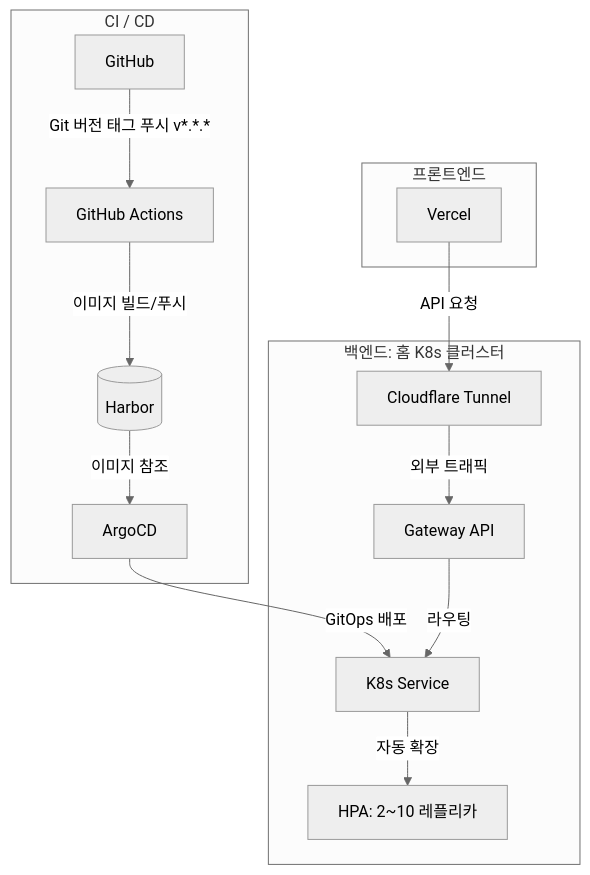
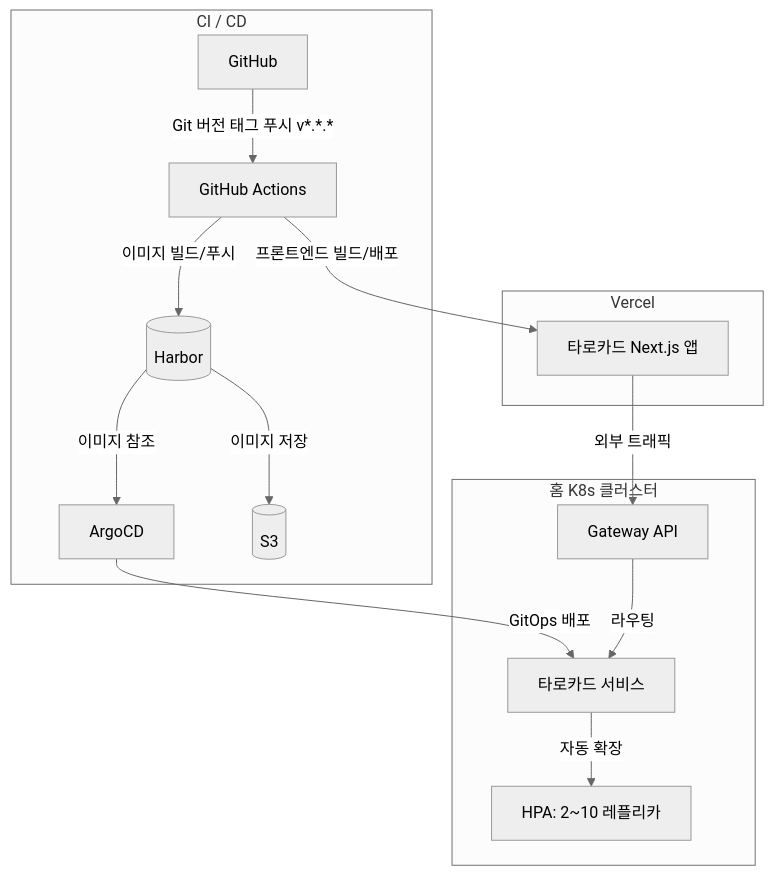
One commit to mandacode-labs/mandacode-devs changed the third of 3 diagrams in src/content/blog/ko/tarot-deep-dive.md. Above: the diagram before and after it, drawn with Mermaid (neutral theme). The commit also changed other lines of this file and 7 other files, not shown here.

````diff
--- a/src/content/blog/ko/tarot-deep-dive.md
+++ b/src/content/blog/ko/tarot-deep-dive.md
@@ -89,33 +93,36 @@
 ```mermaid
 flowchart TD
-    subgraph Front["프론트엔드"]
-        Vercel[Vercel]
+    subgraph Front["Vercel"]
+        Vercel[타로카드 Next.js 앱]
     end
     
     subgraph CICD["CI / CD"]
         GH[GitHub]
         Actions[GitHub Actions]
         Harbor[(Harbor)]
         ArgoCD[ArgoCD]
+        S3[(S3)]
     end
     
-    subgraph K8s["백엔드: 홈 K8s 클러스터"]
-        Tunnel[Cloudflare Tunnel]
+    subgraph K8s["홈 K8s 클러스터"]
         GW[Gateway API]
-        Service[K8s Service]
+        Service[타로카드 서비스]
         HPA[HPA: 2~10 레플리카]
     end
 
-    %% 파이프라인 흐름
+    %% 배포 파이프라인 흐름
     GH -->|Git 버전 태그 푸시 v*.*.*| Actions
     Actions -->|이미지 빌드/푸시| Harbor
+    Harbor -->|이미지 저장| S3
     Harbor -->|이미지 참조| ArgoCD
     ArgoCD -->|GitOps 배포| Service
+
+    %% 프론트엔드 파이프라인 흐름
+    Actions -->|프론트엔드 빌드/배포| Vercel
     
     %% 트래픽 흐름
-    Vercel -->|API 요청| Tunnel
-    Tunnel -->|외부 트래픽| GW
+    Vercel --> |외부 트래픽| GW
     GW -->|라우팅| Service
     Service -->|자동 확장| HPA
 
 ```
````
